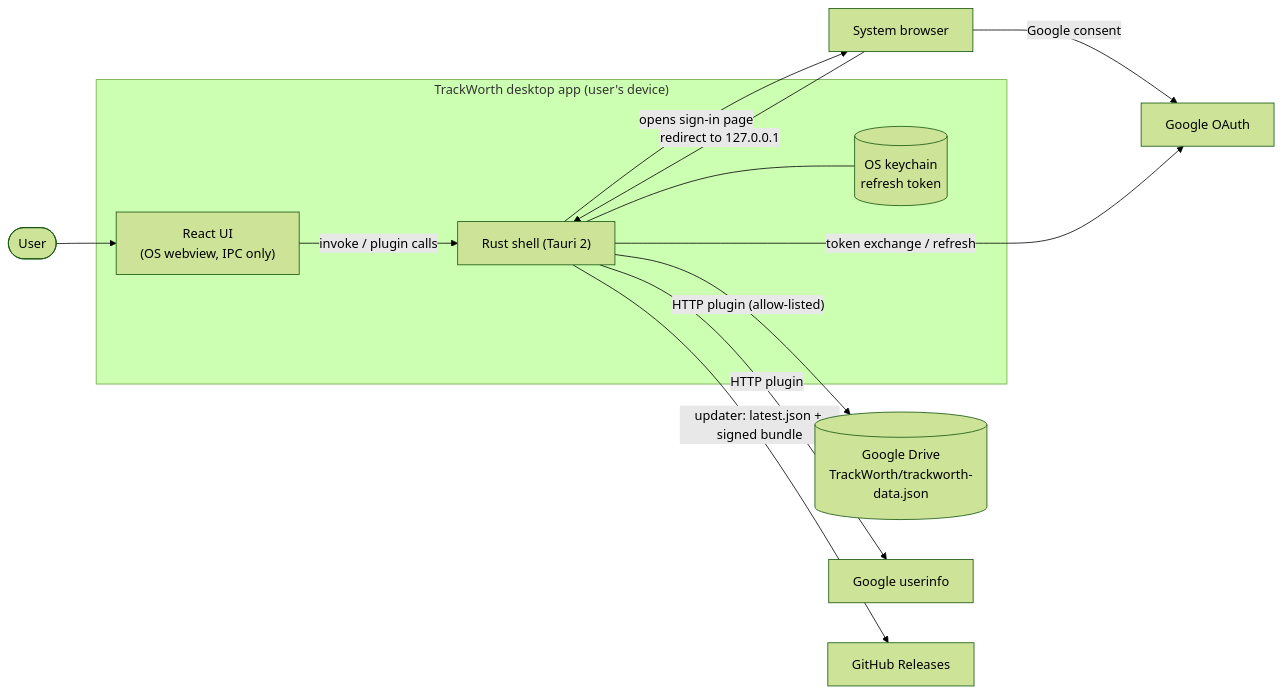
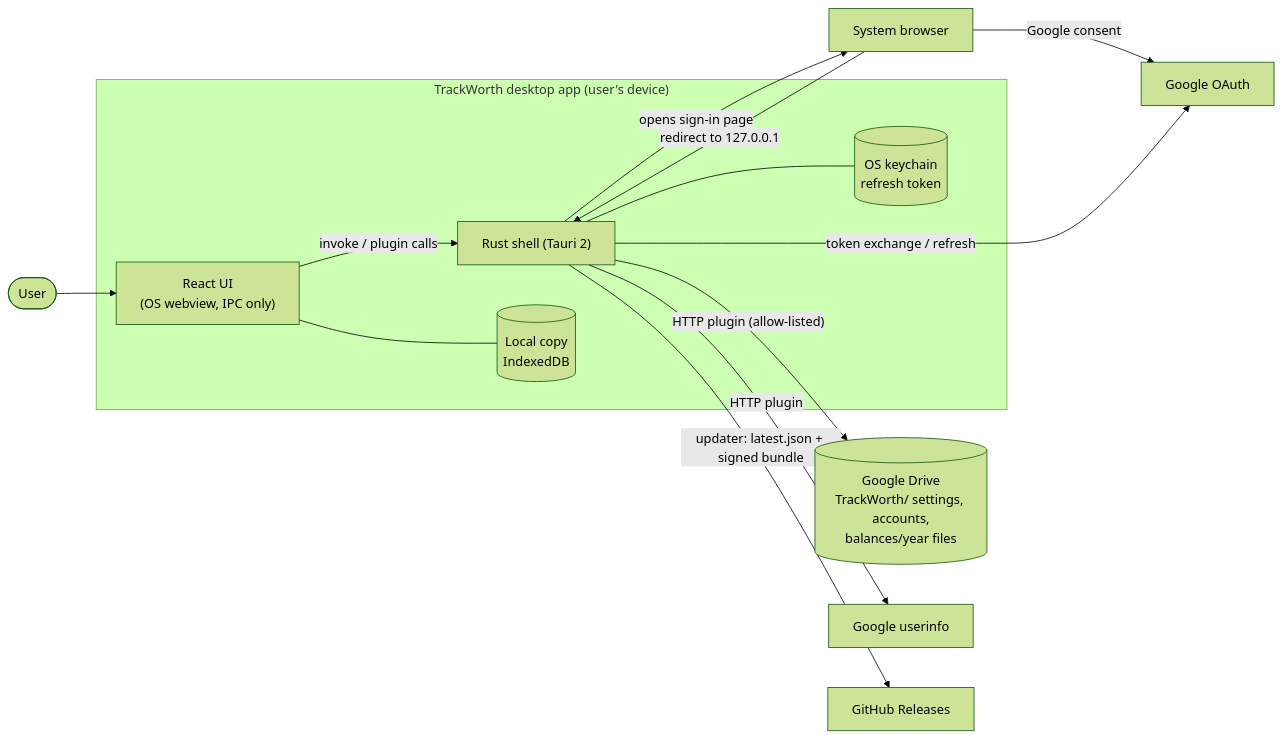
One commit to ggeorge76/track-worth changed the diagram in docs/architecture.md. Above: the diagram before and after it, drawn with Mermaid (forest theme). The commit also changed other lines of this file and 8 other files, not shown here.

````diff
--- a/docs/architecture.md
+++ b/docs/architecture.md
@@ -7,15 +7,16 @@
 ```mermaid
 flowchart LR
   user([User]) --> ui
   subgraph app["TrackWorth desktop app (user's device)"]
     ui["React UI<br/>(OS webview, IPC only)"] -- "invoke / plugin calls" --> rust["Rust shell (Tauri 2)"]
     rust --- keychain[(OS keychain<br/>refresh token)]
+    ui --- cache[(Local copy<br/>IndexedDB)]
   end
   rust -- "opens sign-in page" --> browser[System browser]
   browser -- "Google consent" --> google[Google OAuth]
   browser -- "redirect to 127.0.0.1" --> rust
   rust -- "token exchange / refresh" --> google
-  rust -- "HTTP plugin (allow-listed)" --> drive[(Google Drive<br/>TrackWorth/trackworth-data.json)]
+  rust -- "HTTP plugin (allow-listed)" --> drive[(Google Drive<br/>TrackWorth/ settings, accounts,<br/>balances/year files)]
   rust -- "HTTP plugin" --> userinfo[Google userinfo]
   rust -- "updater: latest.json + signed bundle" --> gh[GitHub Releases]
 ```
````
